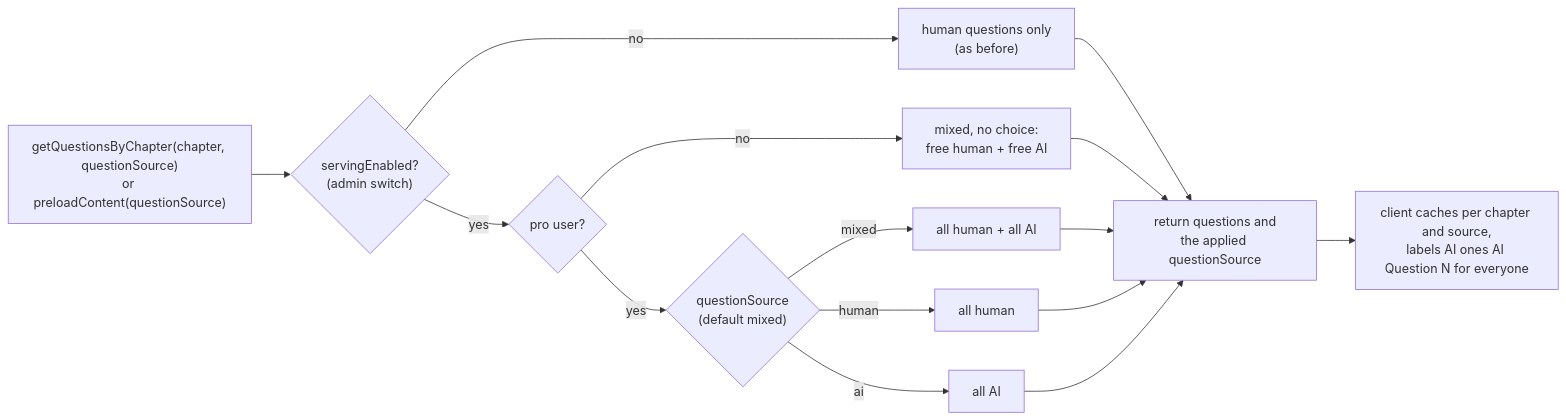
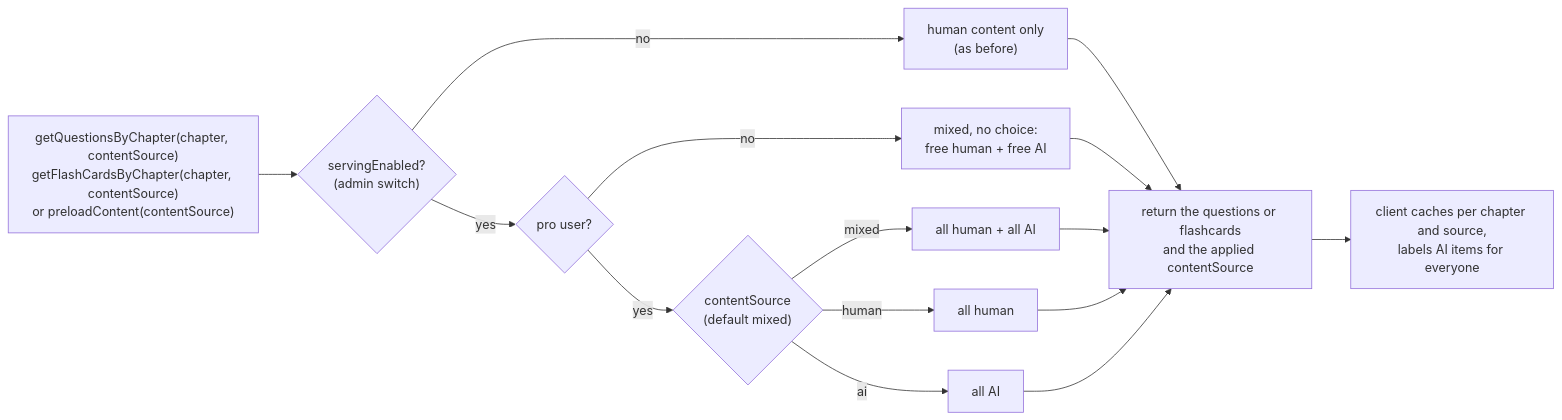
Before and after one commit to alexmcdermid/real-estate-quest: the fifth of 5 diagrams in docs/ai-question-flow.md, drawn with Mermaid. The commit also changed other lines of this file, not shown here.

Commit message:
docs: cover AI flashcards in the AI content flow doc

````diff
--- a/docs/ai-question-flow.md
+++ b/docs/ai-question-flow.md
@@ -181,17 +185,17 @@
 ```mermaid
 flowchart LR
-  CALL["getQuestionsByChapter(chapter, questionSource)<br/>or preloadContent(questionSource)"] --> S{"servingEnabled?<br/>(admin switch)"}
-  S -- no --> OFF["human questions only<br/>(as before)"]
+  CALL["getQuestionsByChapter(chapter, contentSource)<br/>getFlashCardsByChapter(chapter, contentSource)<br/>or preloadContent(contentSource)"] --> S{"servingEnabled?<br/>(admin switch)"}
+  S -- no --> OFF["human content only<br/>(as before)"]
   S -- yes --> P{"pro user?"}
   P -- no --> FREE["mixed, no choice:<br/>free human + free AI"]
-  P -- yes --> SRC{"questionSource<br/>(default mixed)"}
+  P -- yes --> SRC{"contentSource<br/>(default mixed)"}
   SRC -- mixed --> MIX["all human + all AI"]
   SRC -- human --> HUM["all human"]
   SRC -- ai --> AIO["all AI"]
-  OFF --> OUT["return questions and<br/>the applied questionSource"]
+  OFF --> OUT["return the questions or flashcards<br/>and the applied contentSource"]
   FREE --> OUT
   MIX --> OUT
   HUM --> OUT
   AIO --> OUT
-  OUT --> CLIENT["client caches per chapter and source,<br/>labels AI ones AI Question N for everyone"]
+  OUT --> CLIENT["client caches per chapter and source,<br/>labels AI items for everyone"]
 ```
````
